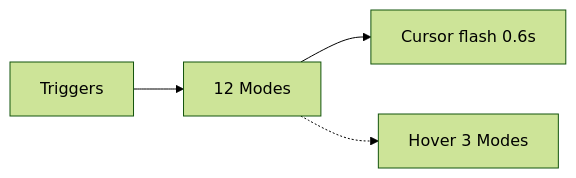
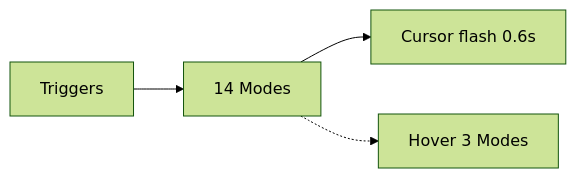
The diagram in docs/SYMBOLS.md (ShubhamJ010/MCSC), drawn with Mermaid (forest theme) before and after one commit. The commit also changed other lines of this file and 14 other files, not shown here.

````diff
--- a/docs/SYMBOLS.md
+++ b/docs/SYMBOLS.md
@@ -114,6 +118,6 @@
 ```mermaid
 flowchart LR
-  Trig[Triggers] --> Mode[12 Modes]
+  Trig[Triggers] --> Mode[14 Modes]
   Mode --> Cursor[Cursor flash 0.6s]
   Mode -.-> Hover[Hover 3 Modes]
 ```
````
